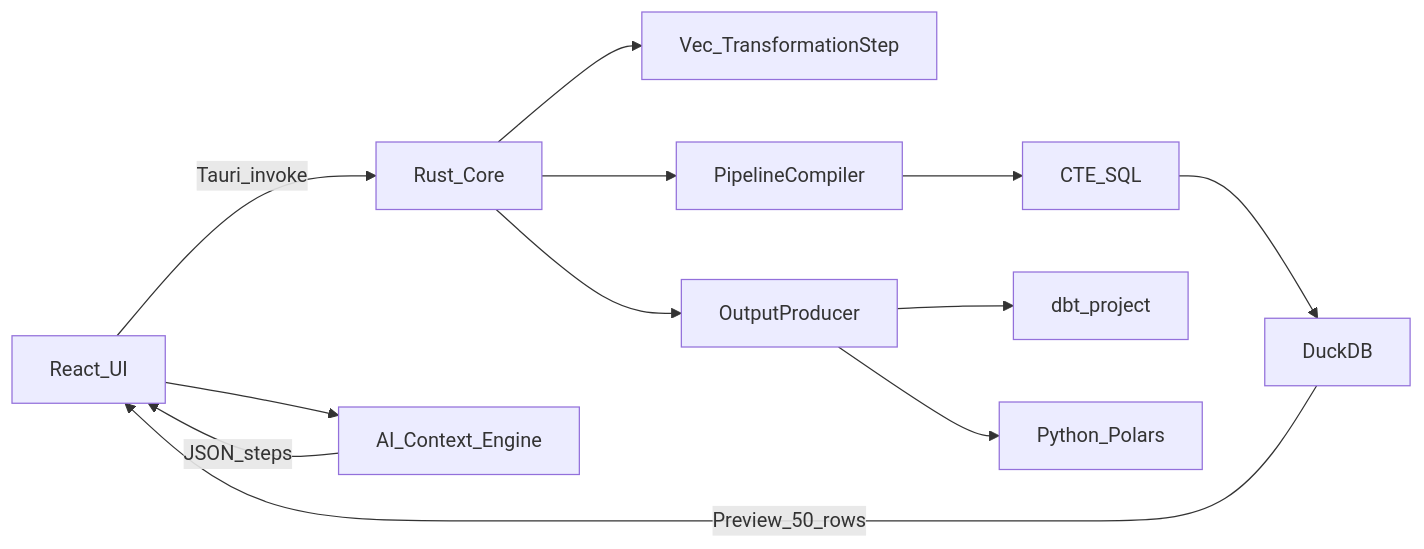
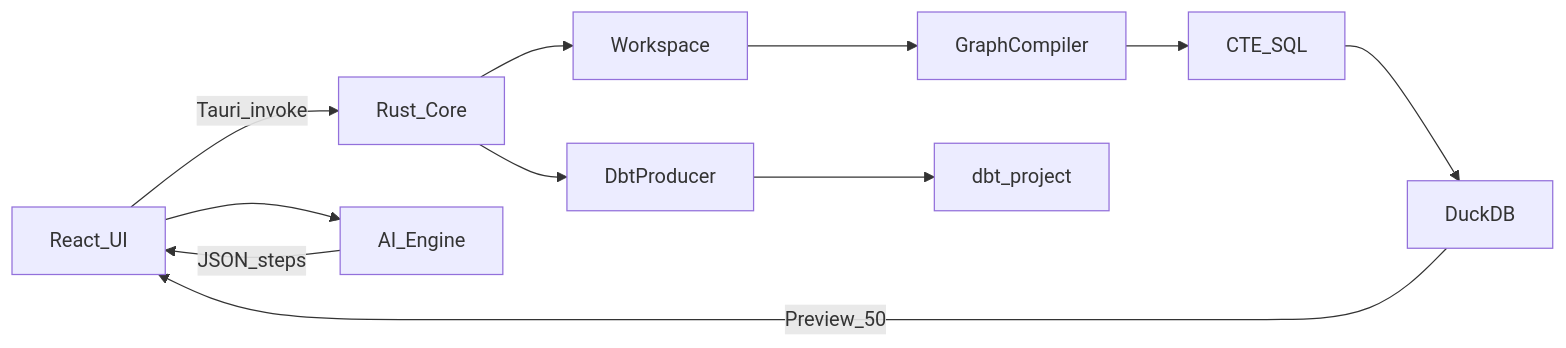
Before and after one commit to dwhforge/query: the diagram in docs/ARCHITECTURE.md, drawn with Mermaid. The commit also changed other lines of this file and 29 other files, not shown here.

````diff
--- a/docs/ARCHITECTURE.md
+++ b/docs/ARCHITECTURE.md
@@ -5,14 +5,13 @@
 ```mermaid
 flowchart LR
   UI[React_UI] -->|Tauri_invoke| Core[Rust_Core]
-  Core --> Model[Vec_TransformationStep]
-  Core --> Compiler[PipelineCompiler]
+  Core --> WS[Workspace]
+  WS --> Compiler[GraphCompiler]
   Compiler --> SQL[CTE_SQL]
   SQL --> Duck[DuckDB]
-  Duck -->|Preview_50_rows| UI
-  Core --> Producers[OutputProducer]
-  Producers --> Dbt[dbt_project]
-  Producers --> Py[Python_Polars]
-  UI --> AI[AI_Context_Engine]
+  Duck -->|Preview_50| UI
+  Core --> Dbt[DbtProducer]
+  Dbt --> Project[dbt_project]
+  UI --> AI[AI_Engine]
   AI -->|JSON_steps| UI
 ```
````
